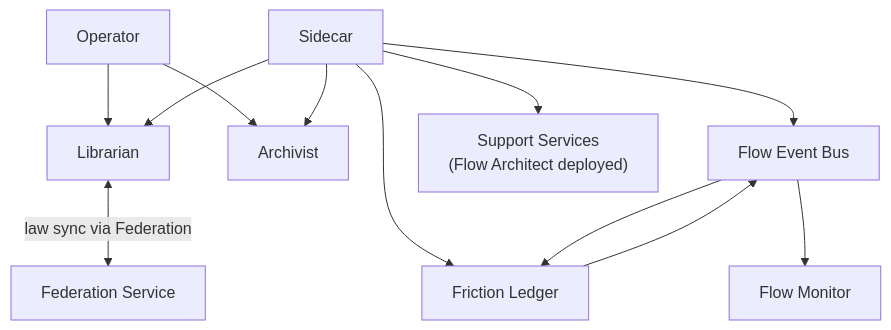
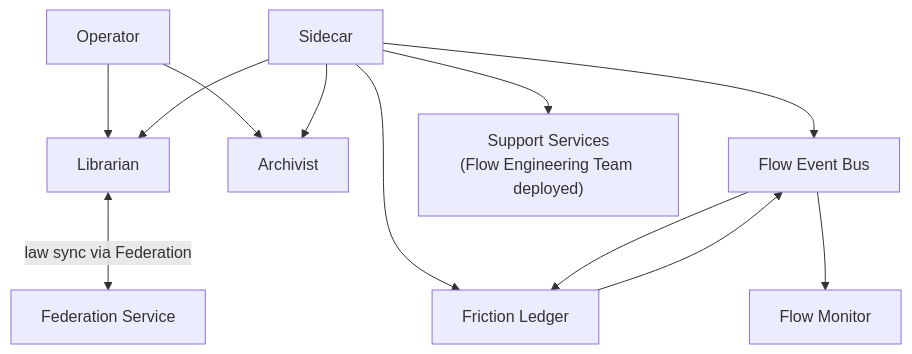
The first of 4 diagrams in specs/02-flow/04-system-services.md (really-knows-ai/gideas), drawn with Mermaid before and after one commit. The commit also changed other lines of this file and 19 other files, not shown here.

Commit message:
update flow role terminology in specs

````diff
--- a/specs/02-flow/04-system-services.md
+++ b/specs/02-flow/04-system-services.md
@@ -20,18 +20,18 @@
 ```mermaid
 flowchart TD
     OP["Operator"] --> LB["Librarian"]
     OP --> AR["Archivist"]
 
     SC["Sidecar"] --> LB
     SC --> AR
     SC --> EB["Flow Event Bus"]
     SC --> FL["Friction Ledger"]
 
-    SC --> SS["Support Services<br/>(Flow Architect deployed)"]
+    SC --> SS["Support Services<br/>(Flow Engineering Team deployed)"]
 
     EB --> FL
     EB --> FM["Flow Monitor"]
     FL --> EB
 
     LB <-->|"law sync via Federation"| FED["Federation Service"]
 ```
````
